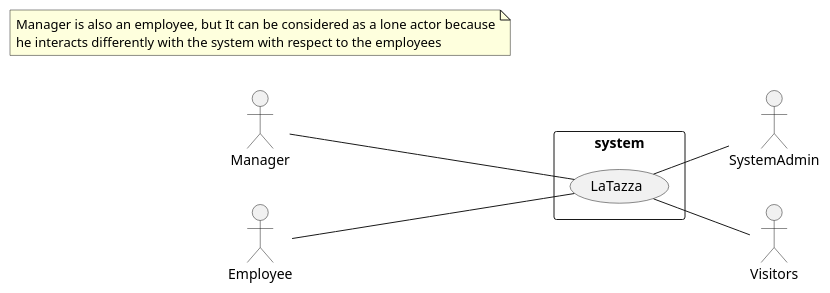
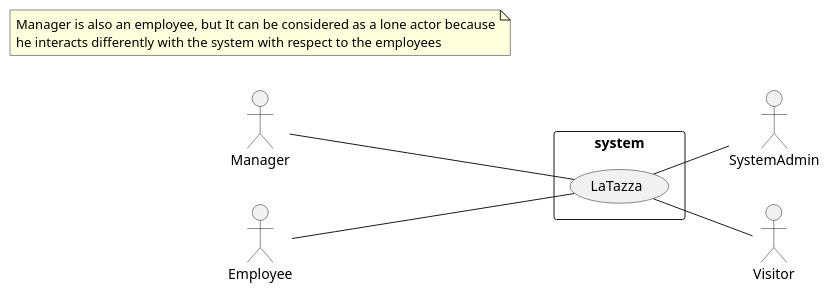
One commit to salvatore-dimartino/LaTazza changed the diagram in project/Context_Diagram_and_Interfaces.md. Above: the diagram before and after it, drawn with PlantUML.

````diff
--- a/project/Context_Diagram_and_Interfaces.md
+++ b/project/Context_Diagram_and_Interfaces.md
@@ -5,25 +5,25 @@
 ```plantuml
 @startuml
 
 left to right direction
 
 skinparam packageStyle rectangle
 
 actor Manager as m
 actor Employee as e
 actor SystemAdmin as sa
-actor Visitors as v
+actor Visitor as v
 
 rectangle system {
 	(LaTazza) as l
 }
 
 m -- l
 e -- l
 l -- sa
 l -- v 
 
 note "Manager is also an employee, but It can be considered as a lone actor because\nhe interacts differently with the system with respect to the employees" as n
 
 @enduml
 ```
````
